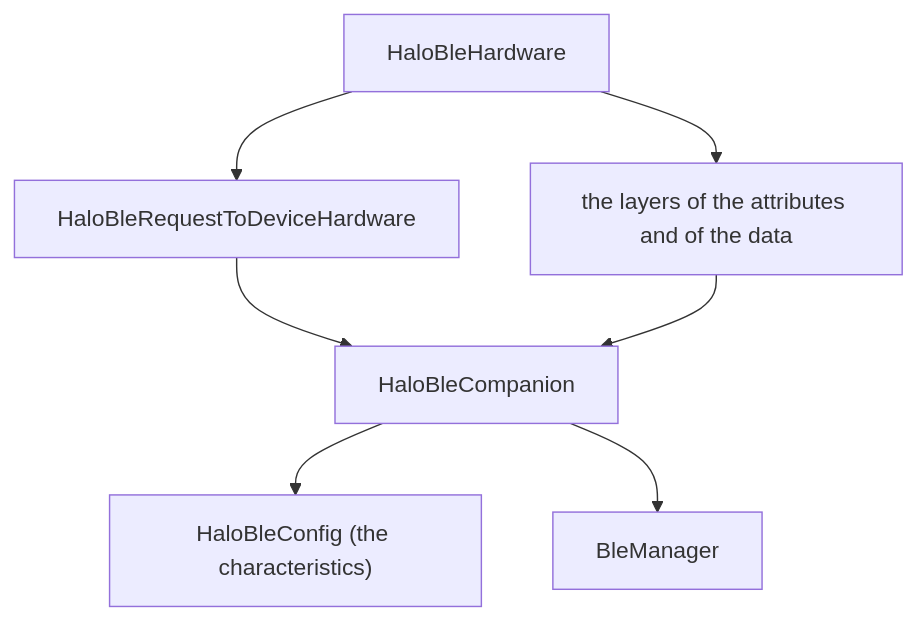
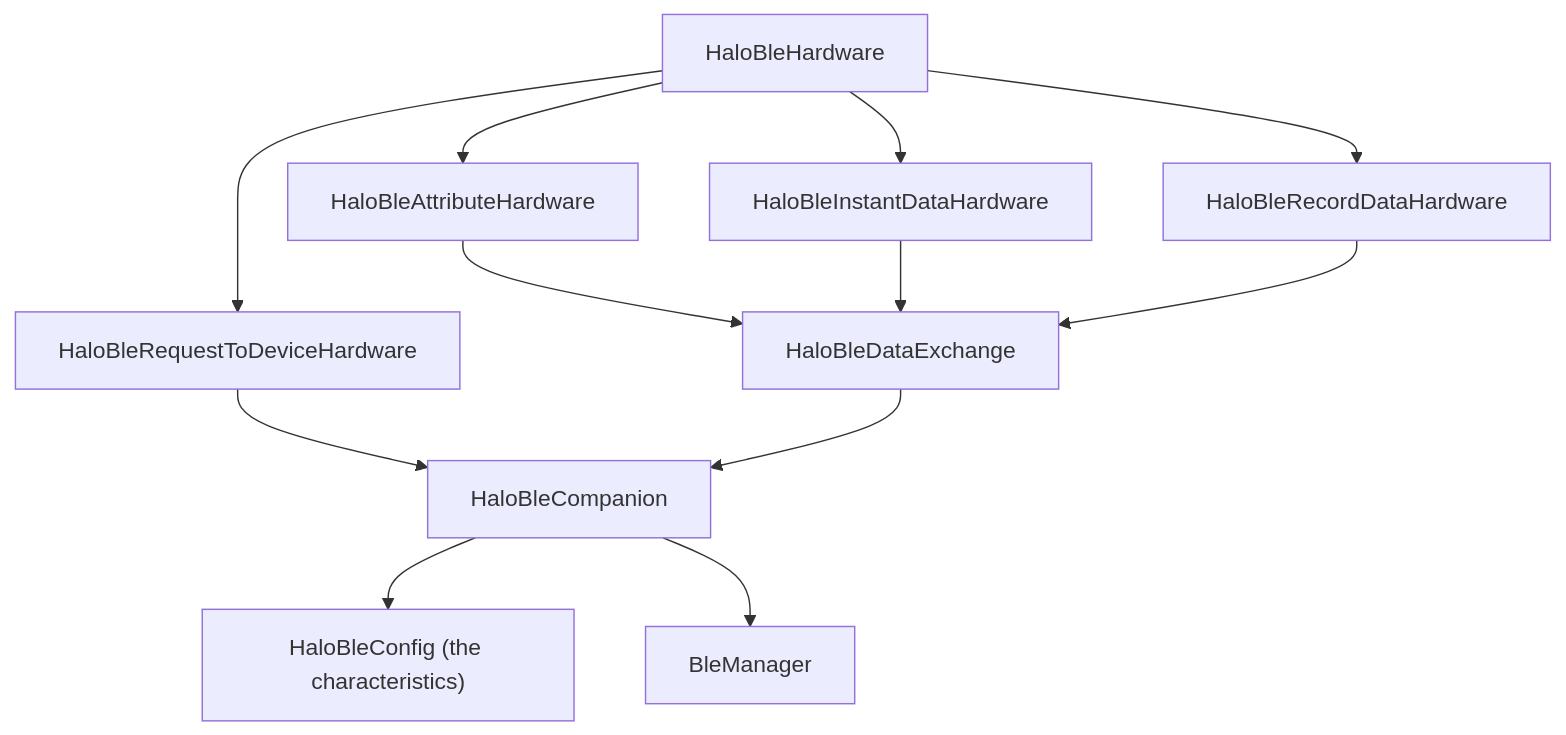
The first of 2 diagrams in act_halo_ble_layer/README.md (All-Circuits-Technologies/ACT-Flutter-Packages), drawn with Mermaid before and after one commit. The commit also changed other lines of this file and 2 other files, not shown here.

First line of the commit message:
docs(halo): describe the attribute, instant data and record services

````diff
--- a/act_halo_ble_layer/README.md
+++ b/act_halo_ble_layer/README.md
@@ -42,16 +47,24 @@
 ```mermaid
 flowchart TD
     hardware["HaloBleHardware"]
     request["HaloBleRequestToDeviceHardware"]
-    others["the layers of the attributes and of the data"]
+    attribute["HaloBleAttributeHardware"]
+    instant["HaloBleInstantDataHardware"]
+    record["HaloBleRecordDataHardware"]
+    exchange["HaloBleDataExchange"]
     companion["HaloBleCompanion"]
     config["HaloBleConfig (the characteristics)"]
     manager["BleManager"]
 
     hardware --> request
-    hardware --> others
+    hardware --> attribute
+    hardware --> instant
+    hardware --> record
+    attribute --> exchange
+    instant --> exchange
+    record --> exchange
     request --> companion
-    others --> companion
+    exchange --> companion
     companion --> config
     companion --> manager
 ```
````
